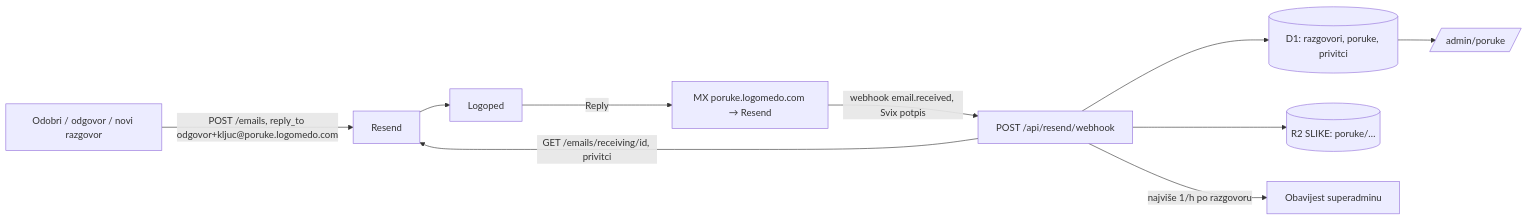
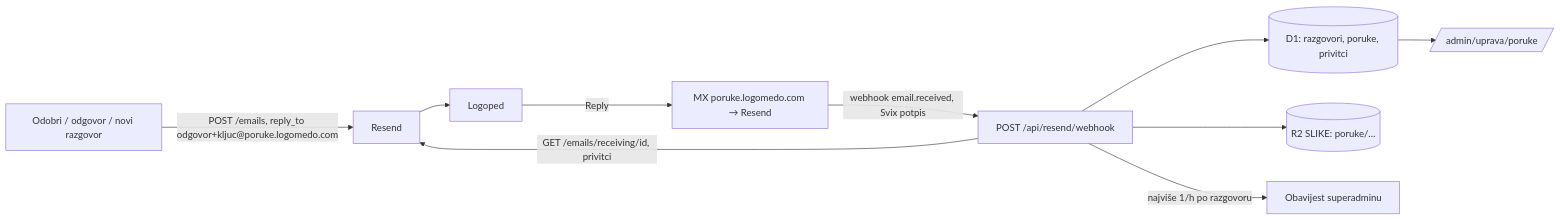
One commit to logomedo/logomedo.com changed the diagram in docs/inbox.md. Above: the diagram before and after it, drawn with Mermaid. The commit also changed other lines of this file and 52 other files, not shown here.

First line of the commit message:
feat(admin): Uprava odvojena od sadržaja (/admin/uprava, vlastita bočna traka)

````diff
--- a/docs/inbox.md
+++ b/docs/inbox.md
@@ -9,12 +9,12 @@
 ```mermaid
 flowchart LR
   A[Odobri / odgovor / novi razgovor] -->|POST /emails, reply_to odgovor+kljuc@poruke.logomedo.com| R[Resend]
   R --> L[Logoped]
   L -->|Reply| MX[MX poruke.logomedo.com → Resend]
   MX -->|webhook email.received, Svix potpis| W[POST /api/resend/webhook]
   W -->|GET /emails/receiving/id, privitci| R
   W --> D1[(D1: razgovori, poruke, privitci)]
   W --> R2[(R2 SLIKE: poruke/…)]
   W -->|najviše 1/h po razgovoru| O[Obavijest superadminu]
-  D1 --> UI[/admin/poruke/]
+  D1 --> UI[/admin/uprava/poruke/]
 ```
````
